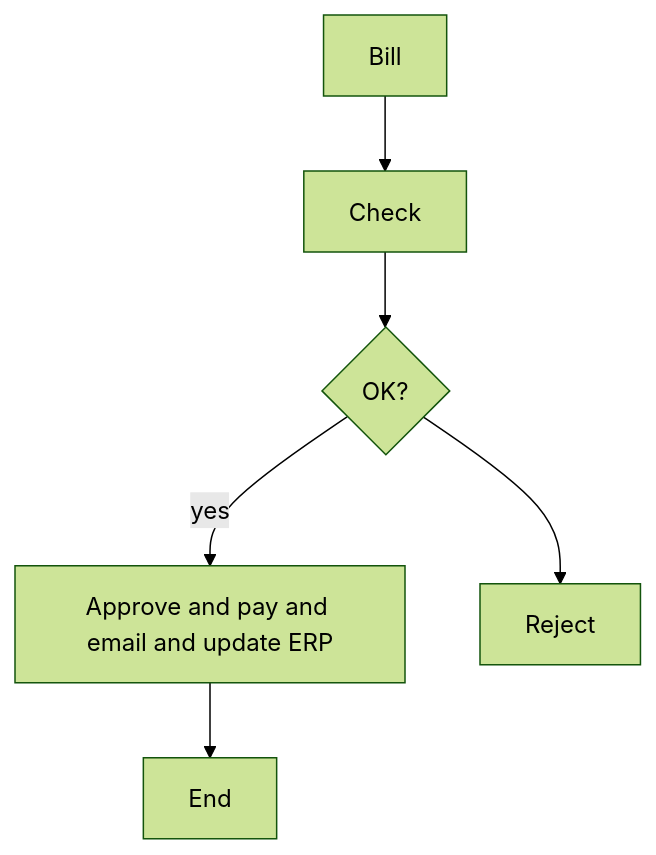
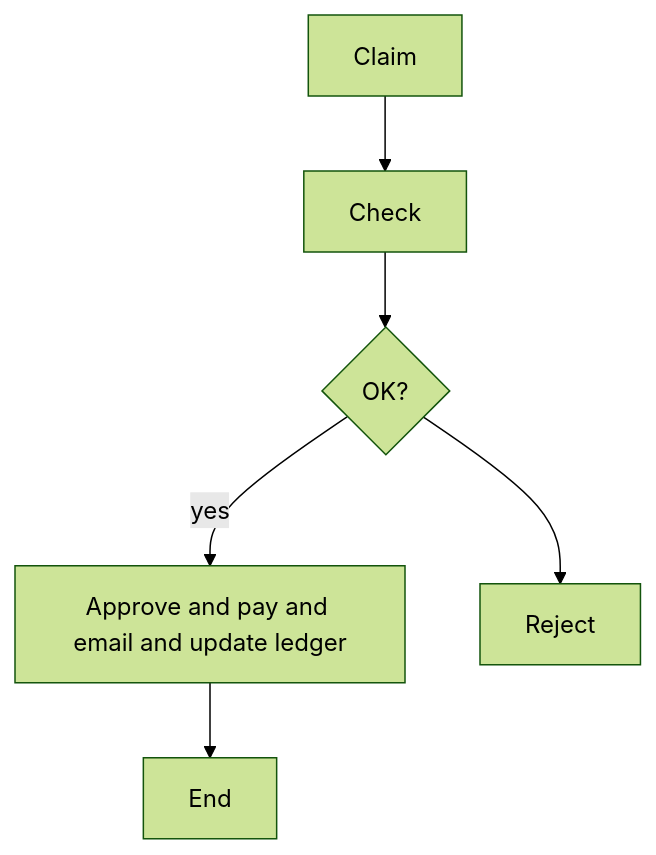
One commit to rizwi0786/system-design-lab changed the third of 8 diagrams in content/lessons/m05/m05-activity-diagrams.md. Above: the diagram before and after it, drawn with Mermaid (forest theme). The commit also changed other lines of this file and 334 other files, not shown here.

````diff
--- a/content/lessons/m05/m05-activity-diagrams.md
+++ b/content/lessons/m05/m05-activity-diagrams.md
@@ -605,8 +606,8 @@
 ```mermaid
 flowchart TD
-    A["Bill"] --> B["Check"]
+    A["Claim"] --> B["Check"]
     B --> C{"OK?"}
-    C -->|"yes"| D["Approve and pay and email and update ERP"]
+    C -->|"yes"| D["Approve and pay and email and update ledger"]
     C --> E["Reject"]
     D --> F["End"]
 ```
````
